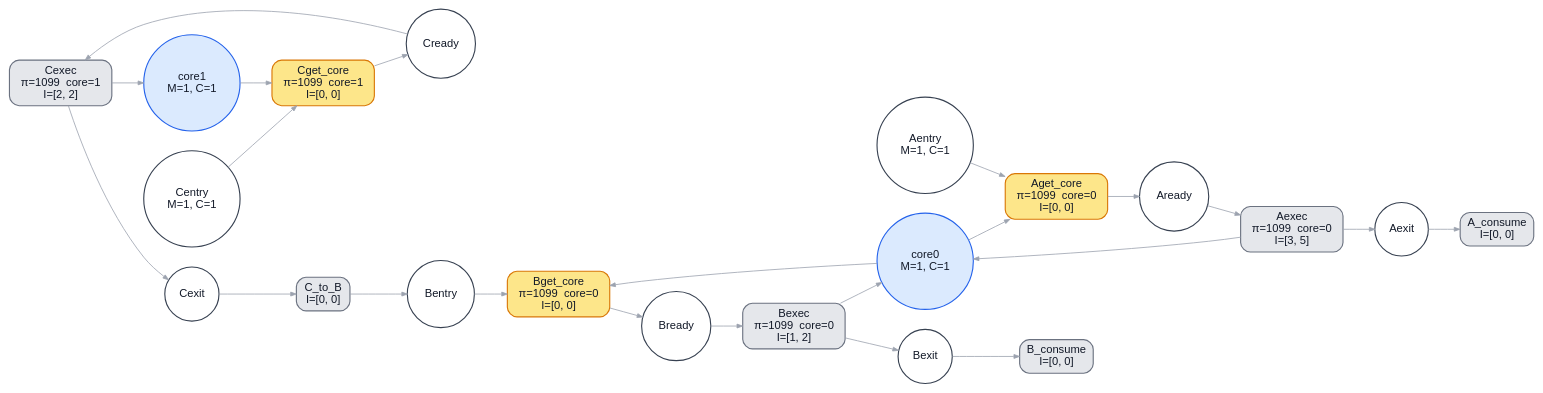
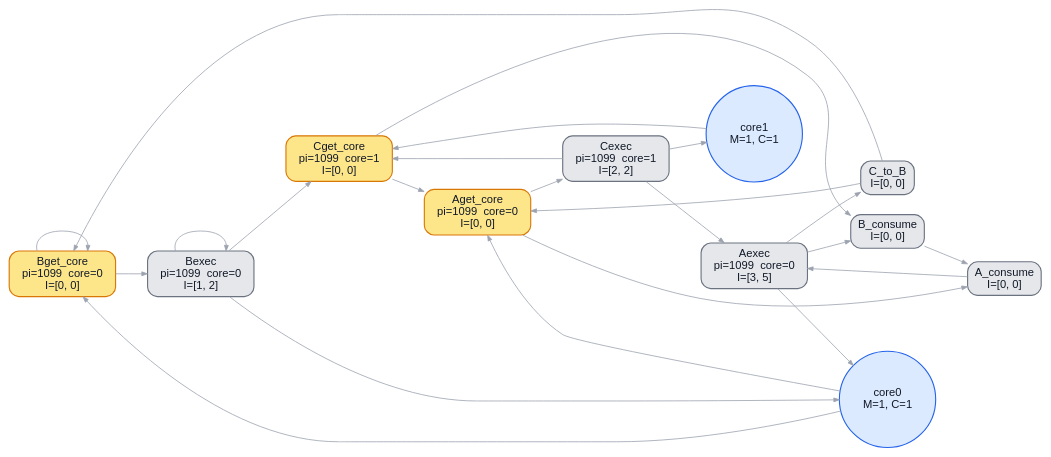
One commit to kevindadi/PPTPN changed the diagram in example/bench/priority_tie_no_preemption/ptpn.dot. Above: the diagram before and after it, drawn with Graphviz. The commit also changed 29 other files, not shown here.

```diff
--- a/example/bench/priority_tie_no_preemption/ptpn.dot
+++ b/example/bench/priority_tie_no_preemption/ptpn.dot
@@ -1,47 +1,47 @@
 digraph G {
 graph [rankdir=LR, fontname="Helvetica", nodesep=0.35, ranksep=0.55, bgcolor="white"];
 node [fontname="Helvetica", margin=0.08, style="filled,rounded", fontcolor="#111827"];
 edge [fontname="Helvetica", color="#9ca3af", arrowsize=0.7];
-"Bentry" [label="Bentry", shape="circle", style="filled,rounded", fillcolor="#ffffff", color="#374151", fontcolor="#111827", penwidth="1.4"];
-"Bready" [label="Bready", shape="circle", style="filled,rounded", fillcolor="#ffffff", color="#374151", fontcolor="#111827", penwidth="1.4"];
-"Bexit" [label="Bexit", shape="circle", style="filled,rounded", fillcolor="#ffffff", color="#374151", fontcolor="#111827", penwidth="1.4"];
-"Centry" [label="Centry\nM=1, C=1", shape="circle", style="filled,rounded", fillcolor="#ffffff", color="#374151", fontcolor="#111827", penwidth="1.4"];
-"Cready" [label="Cready", shape="circle", style="filled,rounded", fillcolor="#ffffff", color="#374151", fontcolor="#111827", penwidth="1.4"];
-"Cexit" [label="Cexit", shape="circle", style="filled,rounded", fillcolor="#ffffff", color="#374151", fontcolor="#111827", penwidth="1.4"];
-"Aentry" [label="Aentry\nM=1, C=1", shape="circle", style="filled,rounded", fillcolor="#ffffff", color="#374151", fontcolor="#111827", penwidth="1.4"];
-"Aready" [label="Aready", shape="circle", style="filled,rounded", fillcolor="#ffffff", color="#374151", fontcolor="#111827", penwidth="1.4"];
-"Aexit" [label="Aexit", shape="circle", style="filled,rounded", fillcolor="#ffffff", color="#374151", fontcolor="#111827", penwidth="1.4"];
-"core0" [label="core0\nM=1, C=1", shape="circle", style="filled,rounded", fillcolor="#dbeafe", color="#2563eb", fontcolor="#111827", penwidth="1.4"];
-"core1" [label="core1\nM=1, C=1", shape="circle", style="filled,rounded", fillcolor="#dbeafe", color="#2563eb", fontcolor="#111827", penwidth="1.4"];
-"Bget_core" [label="Bget_core\nπ=1099  core=0\nI=[0, 0]", shape="box", style="filled,rounded", fillcolor="#fde68a", color="#d97706", fontcolor="#111827", penwidth="1.4"];
-"Bexec" [label="Bexec\nπ=1099  core=0\nI=[1, 2]", shape="box", style="filled,rounded", fillcolor="#e5e7eb", color="#6b7280", fontcolor="#111827", penwidth="1.4"];
-"Cget_core" [label="Cget_core\nπ=1099  core=1\nI=[0, 0]", shape="box", style="filled,rounded", fillcolor="#fde68a", color="#d97706", fontcolor="#111827", penwidth="1.4"];
-"Cexec" [label="Cexec\nπ=1099  core=1\nI=[2, 2]", shape="box", style="filled,rounded", fillcolor="#e5e7eb", color="#6b7280", fontcolor="#111827", penwidth="1.4"];
-"Aget_core" [label="Aget_core\nπ=1099  core=0\nI=[0, 0]", shape="box", style="filled,rounded", fillcolor="#fde68a", color="#d97706", fontcolor="#111827", penwidth="1.4"];
-"Aexec" [label="Aexec\nπ=1099  core=0\nI=[3, 5]", shape="box", style="filled,rounded", fillcolor="#e5e7eb", color="#6b7280", fontcolor="#111827", penwidth="1.4"];
-"C_to_B" [label="C_to_B\nI=[0, 0]", shape="box", style="filled,rounded", fillcolor="#e5e7eb", color="#6b7280", fontcolor="#111827", penwidth="1.4"];
-"A_consume" [label="A_consume\nI=[0, 0]", shape="box", style="filled,rounded", fillcolor="#e5e7eb", color="#6b7280", fontcolor="#111827", penwidth="1.4"];
-"B_consume" [label="B_consume\nI=[0, 0]", shape="box", style="filled,rounded", fillcolor="#e5e7eb", color="#6b7280", fontcolor="#111827", penwidth="1.4"];
-"Bentry" -> "Bget_core" [label="", color="#9ca3af", penwidth="1.0"];
-"Bready" -> "Bexec" [label="", color="#9ca3af", penwidth="1.0"];
-"Bexit" -> "B_consume" [label="", color="#9ca3af", penwidth="1.0"];
-"Centry" -> "Cget_core" [label="", color="#9ca3af", penwidth="1.0"];
-"Cready" -> "Cexec" [label="", color="#9ca3af", penwidth="1.0"];
-"Cexit" -> "C_to_B" [label="", color="#9ca3af", penwidth="1.0"];
-"Aentry" -> "Aget_core" [label="", color="#9ca3af", penwidth="1.0"];
-"Aready" -> "Aexec" [label="", color="#9ca3af", penwidth="1.0"];
-"Aexit" -> "A_consume" [label="", color="#9ca3af", penwidth="1.0"];
-"core0" -> "Bget_core" [label="", color="#9ca3af", penwidth="1.0"];
-"core0" -> "Aget_core" [label="", color="#9ca3af", penwidth="1.0"];
-"core1" -> "Cget_core" [label="", color="#9ca3af", penwidth="1.0"];
-"Bget_core" -> "Bready" [label="", color="#9ca3af", penwidth="1.0"];
-"Bexec" -> "Bexit" [label="", color="#9ca3af", penwidth="1.0"];
-"Bexec" -> "core0" [label="", color="#9ca3af", penwidth="1.0"];
-"Cget_core" -> "Cready" [label="", color="#9ca3af", penwidth="1.0"];
-"Cexec" -> "Cexit" [label="", color="#9ca3af", penwidth="1.0"];
-"Cexec" -> "core1" [label="", color="#9ca3af", penwidth="1.0"];
-"Aget_core" -> "Aready" [label="", color="#9ca3af", penwidth="1.0"];
-"Aexec" -> "Aexit" [label="", color="#9ca3af", penwidth="1.0"];
-"Aexec" -> "core0" [label="", color="#9ca3af", penwidth="1.0"];
-"C_to_B" -> "Bentry" [label="", color="#9ca3af", penwidth="1.0"];
+"0" [label="Bentry", shape="circle", style="filled,rounded", fillcolor="#ffffff", color="#374151", fontcolor="#111827", penwidth="1.4"];
+"1" [label="Bready", shape="circle", style="filled,rounded", fillcolor="#ffffff", color="#374151", fontcolor="#111827", penwidth="1.4"];
+"2" [label="Bexit", shape="circle", style="filled,rounded", fillcolor="#ffffff", color="#374151", fontcolor="#111827", penwidth="1.4"];
+"3" [label="Centry\nM=1, C=1", shape="circle", style="filled,rounded", fillcolor="#ffffff", color="#374151", fontcolor="#111827", penwidth="1.4"];
+"4" [label="Cready", shape="circle", style="filled,rounded", fillcolor="#ffffff", color="#374151", fontcolor="#111827", penwidth="1.4"];
+"5" [label="Cexit", shape="circle", style="filled,rounded", fillcolor="#ffffff", color="#374151", fontcolor="#111827", penwidth="1.4"];
+"6" [label="Aentry\nM=1, C=1", shape="circle", style="filled,rounded", fillcolor="#ffffff", color="#374151", fontcolor="#111827", penwidth="1.4"];
+"7" [label="Aready", shape="circle", style="filled,rounded", fillcolor="#ffffff", color="#374151", fontcolor="#111827", penwidth="1.4"];
+"8" [label="Aexit", shape="circle", style="filled,rounded", fillcolor="#ffffff", color="#374151", fontcolor="#111827", penwidth="1.4"];
+"9" [label="core0\nM=1, C=1", shape="circle", style="filled,rounded", fillcolor="#dbeafe", color="#2563eb", fontcolor="#111827", penwidth="1.4"];
+"10" [label="core1\nM=1, C=1", shape="circle", style="filled,rounded", fillcolor="#dbeafe", color="#2563eb", fontcolor="#111827", penwidth="1.4"];
+"0" [label="Bget_core\npi=1099  core=0\nI=[0, 0]", shape="box", style="filled,rounded", fillcolor="#fde68a", color="#d97706", fontcolor="#111827", penwidth="1.4"];
+"1" [label="Bexec\npi=1099  core=0\nI=[1, 2]", shape="box", style="filled,rounded", fillcolor="#e5e7eb", color="#6b7280", fontcolor="#111827", penwidth="1.4"];
+"2" [label="Cget_core\npi=1099  core=1\nI=[0, 0]", shape="box", style="filled,rounded", fillcolor="#fde68a", color="#d97706", fontcolor="#111827", penwidth="1.4"];
+"3" [label="Cexec\npi=1099  core=1\nI=[2, 2]", shape="box", style="filled,rounded", fillcolor="#e5e7eb", color="#6b7280", fontcolor="#111827", penwidth="1.4"];
+"4" [label="Aget_core\npi=1099  core=0\nI=[0, 0]", shape="box", style="filled,rounded", fillcolor="#fde68a", color="#d97706", fontcolor="#111827", penwidth="1.4"];
+"5" [label="Aexec\npi=1099  core=0\nI=[3, 5]", shape="box", style="filled,rounded", fillcolor="#e5e7eb", color="#6b7280", fontcolor="#111827", penwidth="1.4"];
+"6" [label="C_to_B\nI=[0, 0]", shape="box", style="filled,rounded", fillcolor="#e5e7eb", color="#6b7280", fontcolor="#111827", penwidth="1.4"];
+"7" [label="A_consume\nI=[0, 0]", shape="box", style="filled,rounded", fillcolor="#e5e7eb", color="#6b7280", fontcolor="#111827", penwidth="1.4"];
+"8" [label="B_consume\nI=[0, 0]", shape="box", style="filled,rounded", fillcolor="#e5e7eb", color="#6b7280", fontcolor="#111827", penwidth="1.4"];
+"0" -> "0" [label="", color="#9ca3af", penwidth="1.0"];
+"1" -> "1" [label="", color="#9ca3af", penwidth="1.0"];
+"2" -> "8" [label="", color="#9ca3af", penwidth="1.0"];
+"3" -> "2" [label="", color="#9ca3af", penwidth="1.0"];
+"4" -> "3" [label="", color="#9ca3af", penwidth="1.0"];
+"5" -> "6" [label="", color="#9ca3af", penwidth="1.0"];
+"6" -> "4" [label="", color="#9ca3af", penwidth="1.0"];
+"7" -> "5" [label="", color="#9ca3af", penwidth="1.0"];
+"8" -> "7" [label="", color="#9ca3af", penwidth="1.0"];
+"9" -> "0" [label="", color="#9ca3af", penwidth="1.0"];
+"9" -> "4" [label="", color="#9ca3af", penwidth="1.0"];
+"10" -> "2" [label="", color="#9ca3af", penwidth="1.0"];
+"0" -> "1" [label="", color="#9ca3af", penwidth="1.0"];
+"1" -> "2" [label="", color="#9ca3af", penwidth="1.0"];
+"1" -> "9" [label="", color="#9ca3af", penwidth="1.0"];
+"2" -> "4" [label="", color="#9ca3af", penwidth="1.0"];
+"3" -> "5" [label="", color="#9ca3af", penwidth="1.0"];
+"3" -> "10" [label="", color="#9ca3af", penwidth="1.0"];
+"4" -> "7" [label="", color="#9ca3af", penwidth="1.0"];
+"5" -> "8" [label="", color="#9ca3af", penwidth="1.0"];
+"5" -> "9" [label="", color="#9ca3af", penwidth="1.0"];
+"6" -> "0" [label="", color="#9ca3af", penwidth="1.0"];
 }
```
